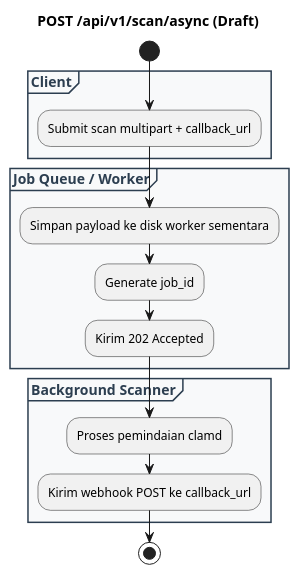
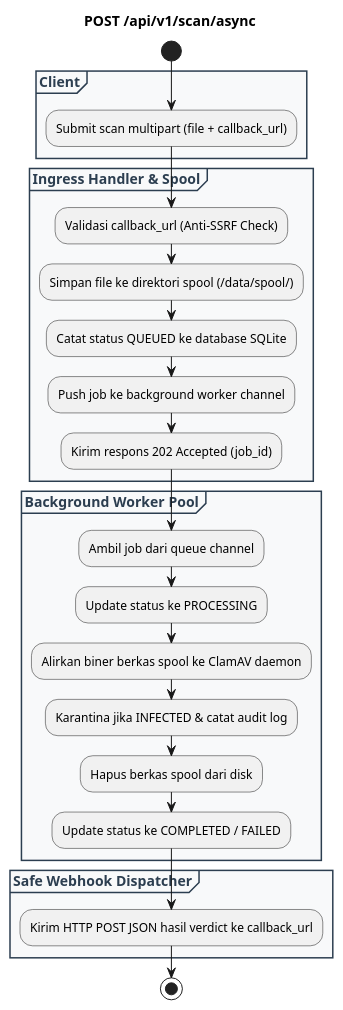
Before and after one commit to vfat/vqf-clamav-service: the diagram in .ai-doc/rest-api-doc/API-SPEC-13-POST-+api+v1+scan+async.md, drawn with PlantUML. The commit also changed other lines of this file and 17 other files, not shown here.

Commit message:
feat(async): implement asynchronous scan job queue, worker pool, safe webhook dispatcher, and REST API (TDD-015 & TDD-016)

````diff
--- a/.ai-doc/rest-api-doc/API-SPEC-13-POST-+api+v1+scan+async.md
+++ b/.ai-doc/rest-api-doc/API-SPEC-13-POST-+api+v1+scan+async.md
@@ -13,31 +13,41 @@
 ```plantuml
 @startuml
 skinparam shadowing false
 skinparam partition {
     BackgroundColor #F8F9FA
     BorderColor #2C3E50
     FontColor #2C3E50
 }
 
-title **POST /api/v1/scan/async (Draft)**
+title **POST /api/v1/scan/async**
 
 start
 
 partition "**Client**" {
-    :Submit scan multipart + callback_url;
+    :Submit scan multipart (file + callback_url);
 }
 
-partition "**Job Queue / Worker**" {
-    :Simpan payload ke disk worker sementara;
-    :Generate job_id;
-    :Kirim 202 Accepted;
+partition "**Ingress Handler & Spool**" {
+    :Validasi callback_url (Anti-SSRF Check);
+    :Simpan file ke direktori spool (/data/spool/);
+    :Catat status QUEUED ke database SQLite;
+    :Push job ke background worker channel;
+    :Kirim respons 202 Accepted (job_id);
 }
 
-partition "**Background Scanner**" {
-    :Proses pemindaian clamd;
-    :Kirim webhook POST ke callback_url;
+partition "**Background Worker Pool**" {
+    :Ambil job dari queue channel;
+    :Update status ke PROCESSING;
+    :Alirkan biner berkas spool ke ClamAV daemon;
+    :Karantina jika INFECTED & catat audit log;
+    :Hapus berkas spool dari disk;
+    :Update status ke COMPLETED / FAILED;
+}
+
+partition "**Safe Webhook Dispatcher**" {
+    :Kirim HTTP POST JSON hasil verdict ke callback_url;
 }
 
 stop
 @enduml
 ```
````
